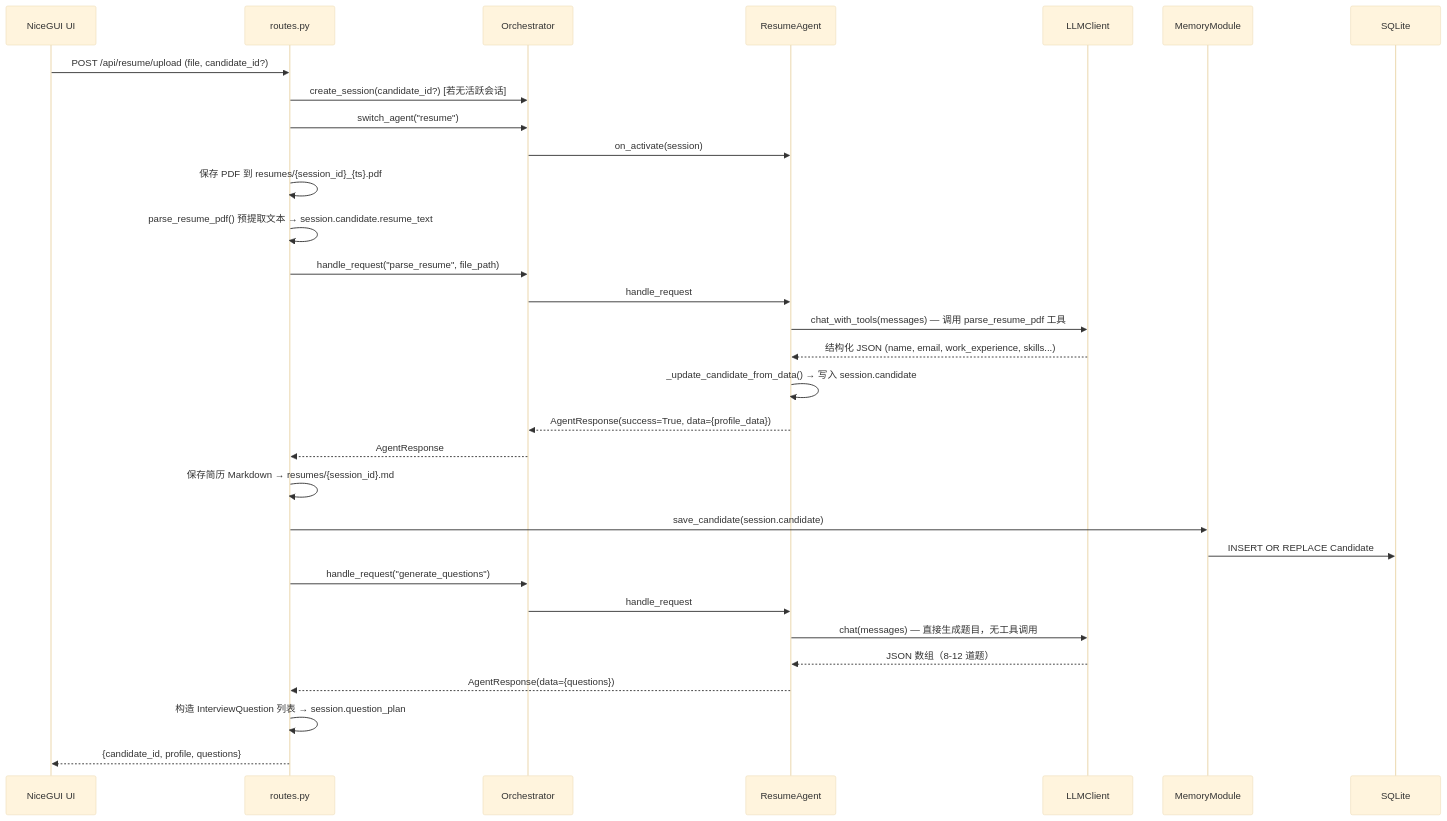
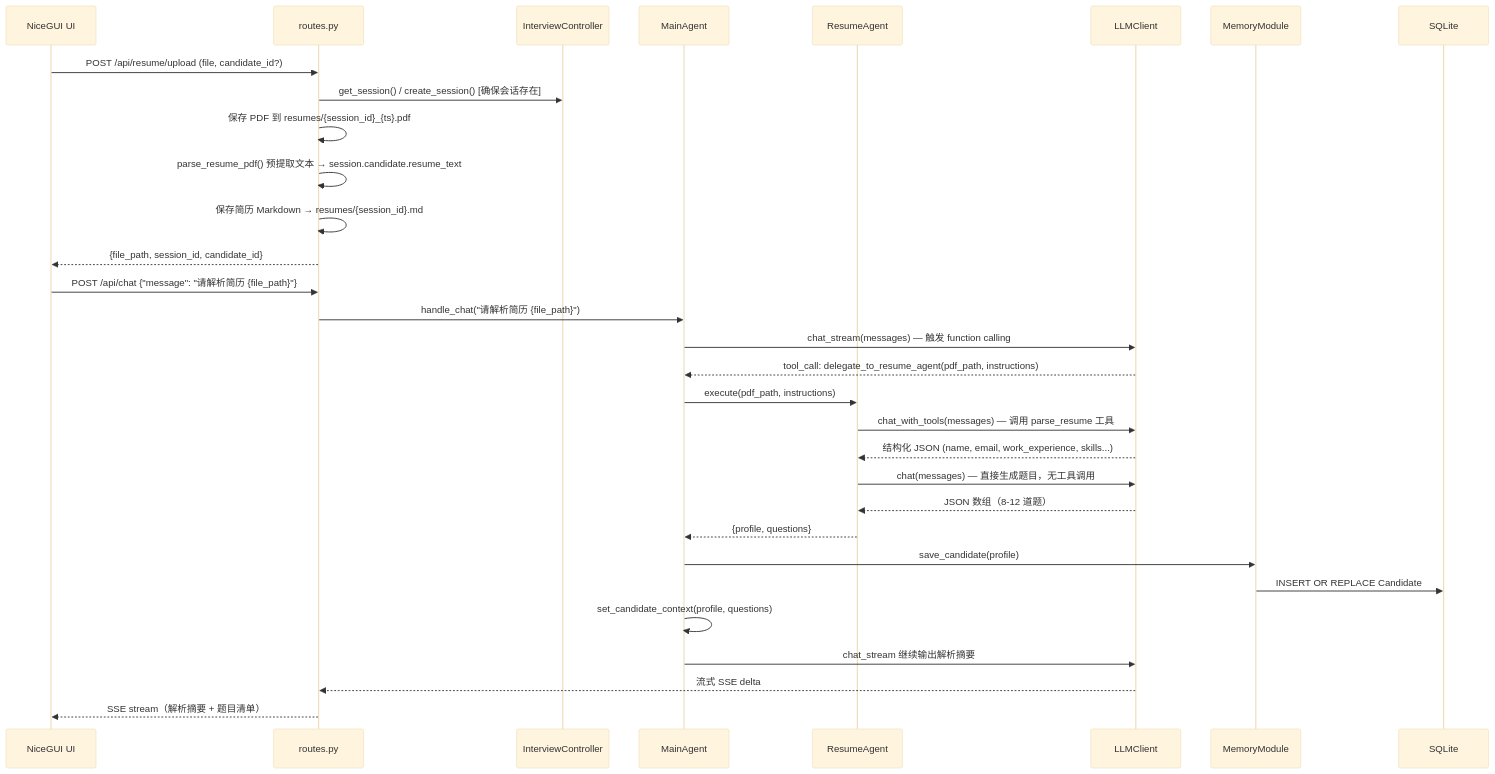
One commit to dygcjlu/interviewer-assistant changed the first of 5 diagrams in docs/arc/flows.md. Above: the diagram before and after it, drawn with Mermaid (base theme). The commit also changed other lines of this file and 20 other files, not shown here.

````diff
--- a/docs/arc/flows.md
+++ b/docs/arc/flows.md
@@ -9,34 +11,35 @@
 ```mermaid
 sequenceDiagram
     participant UI as NiceGUI UI
     participant REST as routes.py
-    participant Orch as Orchestrator
+    participant IC as InterviewController
+    participant MA as MainAgent
     participant RA as ResumeAgent
     participant LLM as LLMClient
     participant MM as MemoryModule
     participant DB as SQLite
 
     UI->>REST: POST /api/resume/upload (file, candidate_id?)
-    REST->>Orch: create_session(candidate_id?) [若无活跃会话]
-    REST->>Orch: switch_agent("resume")
-    Orch->>RA: on_activate(session)
+    REST->>IC: get_session() / create_session() [确保会话存在]
     REST->>REST: 保存 PDF 到 resumes/{session_id}_{ts}.pdf
     REST->>REST: parse_resume_pdf() 预提取文本 → session.candidate.resume_text
-    REST->>Orch: handle_request("parse_resume", file_path)
-    Orch->>RA: handle_request
-    RA->>LLM: chat_with_tools(messages) — 调用 parse_resume_pdf 工具
+    REST->>REST: 保存简历 Markdown → resumes/{session_id}.md
+    REST-->>UI: {file_path, session_id, candidate_id}
+
+    UI->>REST: POST /api/chat {"message": "请解析简历 {file_path}"}
+    REST->>MA: handle_chat("请解析简历 {file_path}")
+    MA->>LLM: chat_stream(messages) — 触发 function calling
+    LLM-->>MA: tool_call: delegate_to_resume_agent(pdf_path, instructions)
+    MA->>RA: execute(pdf_path, instructions)
+    RA->>LLM: chat_with_tools(messages) — 调用 parse_resume 工具
     LLM-->>RA: 结构化 JSON (name, email, work_experience, skills...)
-    RA->>RA: _update_candidate_from_data() → 写入 session.candidate
-    RA-->>Orch: AgentResponse(success=True, data={profile_data})
-    Orch-->>REST: AgentResponse
-    REST->>REST: 保存简历 Markdown → resumes/{session_id}.md
-    REST->>MM: save_candidate(session.candidate)
-    MM->>DB: INSERT OR REPLACE Candidate
-    REST->>Orch: handle_request("generate_questions")
-    Orch->>RA: handle_request
     RA->>LLM: chat(messages) — 直接生成题目，无工具调用
     LLM-->>RA: JSON 数组（8-12 道题）
-    RA-->>REST: AgentResponse(data={questions})
-    REST->>REST: 构造 InterviewQuestion 列表 → session.question_plan
-    REST-->>UI: {candidate_id, profile, questions}
+    RA-->>MA: {profile, questions}
+    MA->>MM: save_candidate(profile)
+    MM->>DB: INSERT OR REPLACE Candidate
+    MA->>MA: set_candidate_context(profile, questions)
+    MA->>LLM: chat_stream 继续输出解析摘要
+    LLM-->>REST: 流式 SSE delta
+    REST-->>UI: SSE stream（解析摘要 + 题目清单）
 ```
````
